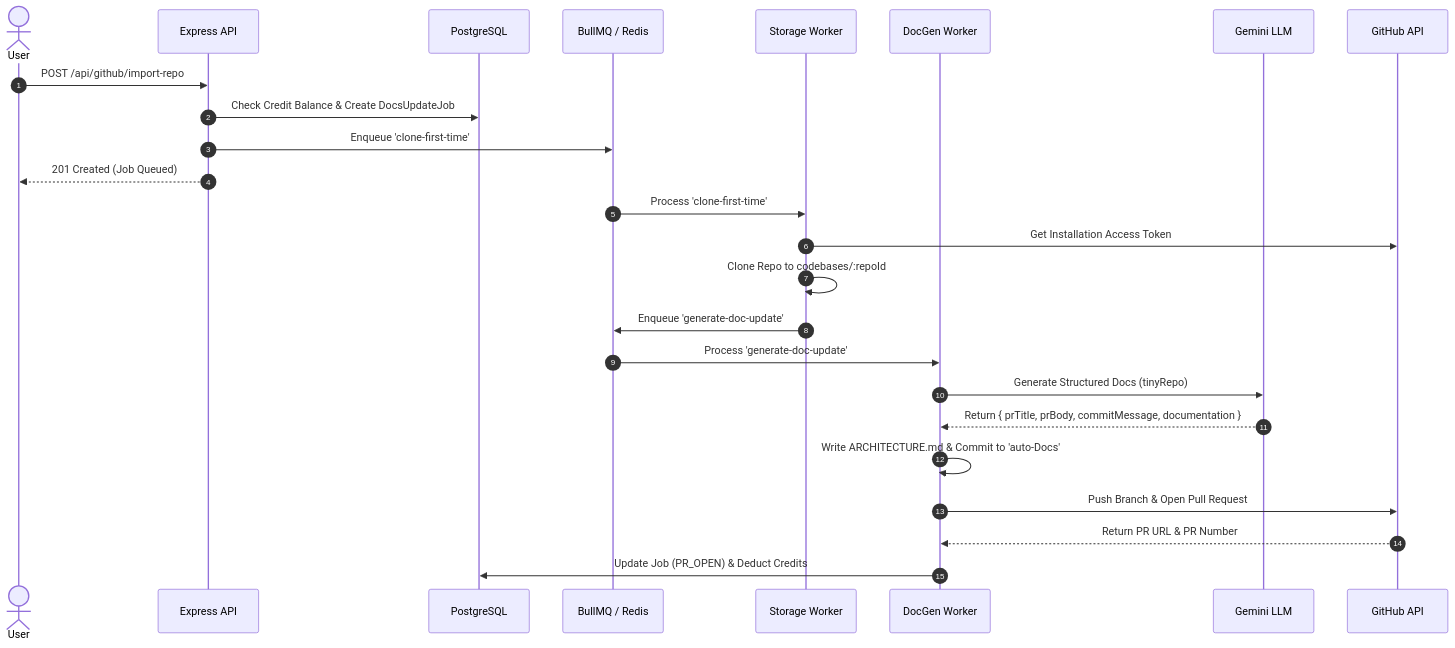
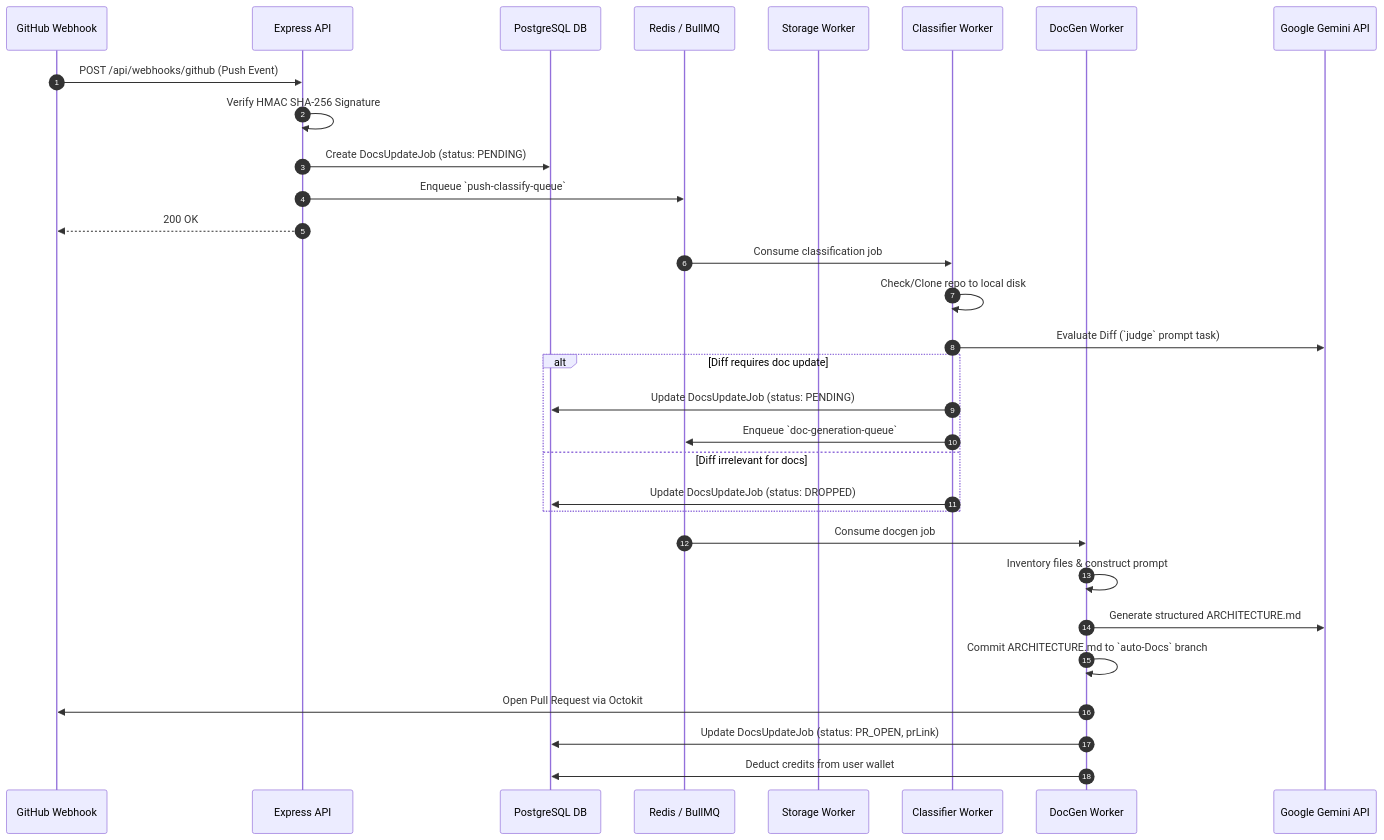
Before and after one commit to abdul8704/AutoDocs: the second of 2 diagrams in ARCHITECTURE.md, drawn with Mermaid. The commit also changed other lines of this file, not shown here.

Commit message:
docs: add comprehensive system architecture documentation

````diff
--- a/ARCHITECTURE.md
+++ b/ARCHITECTURE.md
@@ -337,30 +61,36 @@
 ```mermaid
 sequenceDiagram
     autonumber
-    actor User
+    participant GH as GitHub Webhook
     participant API as Express API
-    participant DB as PostgreSQL
-    participant Redis as BullMQ / Redis
-    participant WorkerS as Storage Worker
-    participant WorkerD as DocGen Worker
-    participant LLM as Gemini LLM
-    participant GH as GitHub API
+    participant DB as PostgreSQL DB
+    participant Q as Redis / BullMQ
+    participant W1 as Storage Worker
+    participant W2 as Classifier Worker
+    participant W3 as DocGen Worker
+    participant LLM as Google Gemini API
 
-    User->>API: POST /api/github/import-repo
-    API->>DB: Check Credit Balance & Create DocsUpdateJob
-    API->>Redis: Enqueue 'clone-first-time'
-    API-->>User: 201 Created (Job Queued)
+    GH->>API: POST /api/webhooks/github (Push Event)
+    API->>API: Verify HMAC SHA-256 Signature
+    API->>DB: Create DocsUpdateJob (status: PENDING)
+    API->>Q: Enqueue `push-classify-queue`
+    API-->>GH: 200 OK
 
-    Redis->>WorkerS: Process 'clone-first-time'
-    WorkerS->>GH: Get Installation Access Token
-    WorkerS->>WorkerS: Clone Repo to codebases/:repoId
-    WorkerS->>Redis: Enqueue 'generate-doc-update'
+    Q->>W2: Consume classification job
+    W2->>W2: Check/Clone repo to local disk
+    W2->>LLM: Evaluate Diff (`judge` prompt task)
+    alt Diff requires doc update
+        W2->>DB: Update DocsUpdateJob (status: PENDING)
+        W2->>Q: Enqueue `doc-generation-queue`
+    else Diff irrelevant for docs
+        W2->>DB: Update DocsUpdateJob (status: DROPPED)
+    end
 
-    Redis->>WorkerD: Process 'generate-doc-update'
-    WorkerD->>LLM: Generate Structured Docs (tinyRepo)
-    LLM-->>WorkerD: Return { prTitle, prBody, commitMessage, documentation }
-    WorkerD->>WorkerD: Write ARCHITECTURE.md & Commit to 'auto-Docs'
-    WorkerD->>GH: Push Branch & Open Pull Request
-    GH-->>WorkerD: Return PR URL & PR Number
-    WorkerD->>DB: Update Job (PR_OPEN) & Deduct Credits
+    Q->>W3: Consume docgen job
+    W3->>W3: Inventory files & construct prompt
+    W3->>LLM: Generate structured ARCHITECTURE.md
+    W3->>W3: Commit ARCHITECTURE.md to `auto-Docs` branch
+    W3->>GH: Open Pull Request via Octokit
+    W3->>DB: Update DocsUpdateJob (status: PR_OPEN, prLink)
+    W3->>DB: Deduct credits from user wallet
 ```
````
